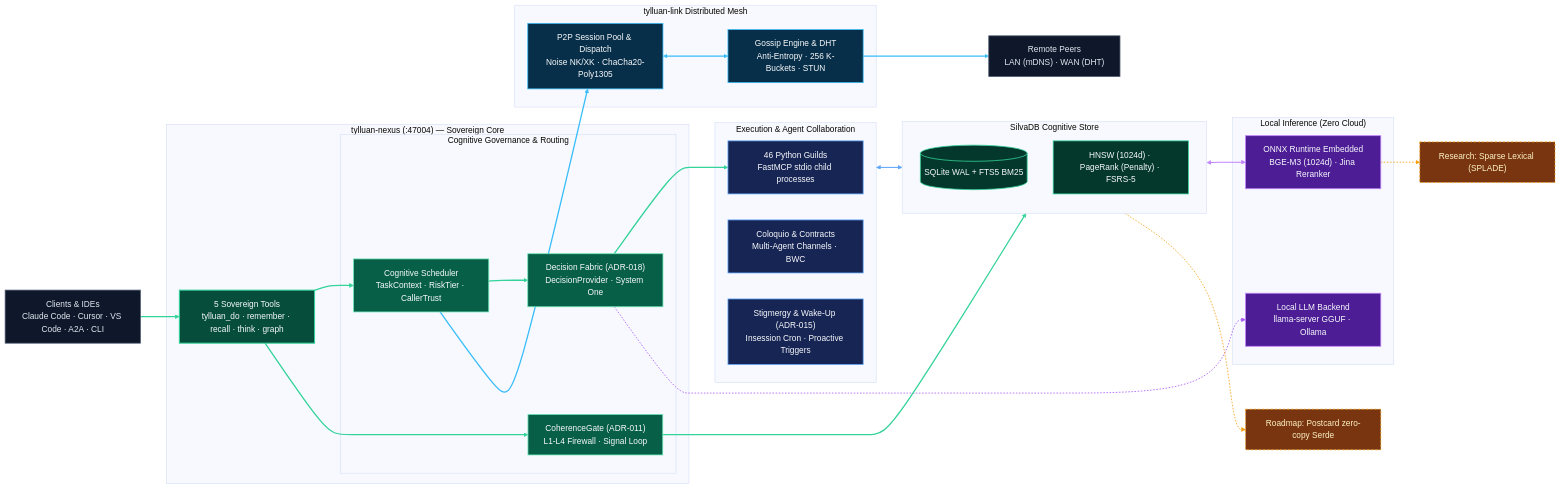
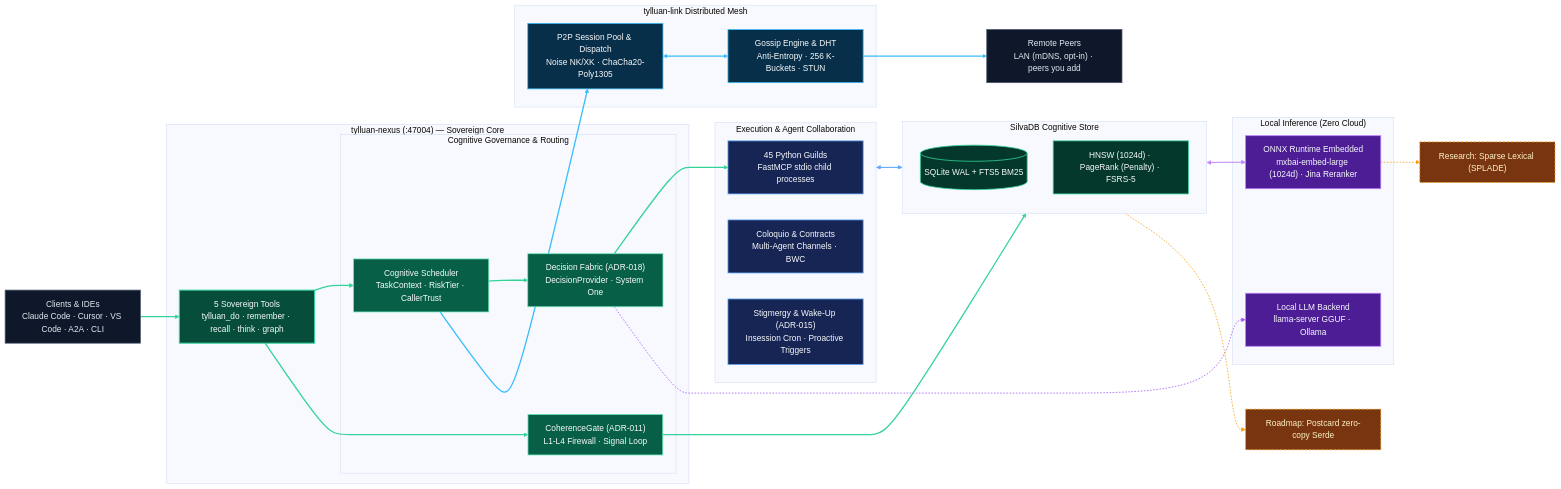
One commit to Forja-orca/tylluan changed the diagram in README.md. Above: the diagram before and after it, drawn with Mermaid (base theme). The commit also changed other lines of this file and 7 other files, not shown here.

````diff
--- a/README.md
+++ b/README.md
@@ -336,80 +341,80 @@
 ```mermaid
 flowchart LR
   CLIENTS["Clients & IDEs<br/>Claude Code · Cursor · VS Code · A2A · CLI"]
 
   subgraph SOVEREIGN["tylluan-nexus (:47004) — Sovereign Core"]
     TOOLS["5 Sovereign Tools<br/>tylluan_do · remember · recall · think · graph"]
 
     subgraph GOVERN["Cognitive Governance & Routing"]
       SCHED["Cognitive Scheduler<br/>TaskContext · RiskTier · CallerTrust"]
       DECIDER["Decision Fabric (ADR-018)<br/>DecisionProvider · System One"]
       CGATE["CoherenceGate (ADR-011)<br/>L1-L4 Firewall · Signal Loop"]
     end
   end
 
   subgraph MEMORY["SilvaDB Cognitive Store"]
     SILVA[("SQLite WAL + FTS5 BM25")]
     GRAPH["HNSW (1024d) · PageRank (Penalty) · FSRS-5"]
   end
 
   subgraph INFER["Local Inference (Zero Cloud)"]
-    ONNX["ONNX Runtime Embedded<br/>BGE-M3 (1024d) · Jina Reranker"]
+    ONNX["ONNX Runtime Embedded<br/>mxbai-embed-large (1024d) · Jina Reranker"]
     LLAMA["Local LLM Backend<br/>llama-server GGUF · Ollama"]
   end
 
   subgraph EXEC["Execution & Agent Collaboration"]
-    GUILDS["46 Python Guilds<br/>FastMCP stdio child processes"]
+    GUILDS["45 Python Guilds<br/>FastMCP stdio child processes"]
     COLOQUIO["Coloquio & Contracts<br/>Multi-Agent Channels · BWC"]
     WAKE["Stigmergy & Wake-Up (ADR-015)<br/>Insession Cron · Proactive Triggers"]
   end
 
   subgraph MESH["tylluan-link Distributed Mesh"]
     P2P["P2P Session Pool & Dispatch<br/>Noise NK/XK · ChaCha20-Poly1305"]
     GOSSIP["Gossip Engine & DHT<br/>Anti-Entropy · 256 K-Buckets · STUN"]
   end
 
-  PEERS["Remote Peers<br/>LAN (mDNS) · WAN (DHT)"]
+  PEERS["Remote Peers<br/>LAN (mDNS, opt-in) · peers you add"]
 
   SPARSE["Research: Sparse Lexical (SPLADE)"]:::future
   POSTCARD["Roadmap: Postcard zero-copy Serde"]:::future
 
   CLIENTS ==> TOOLS
   TOOLS ==> SCHED
   SCHED ==> DECIDER
   DECIDER ==> GUILDS
   TOOLS ==> CGATE
   CGATE ==> MEMORY
   MEMORY <==> ONNX
   EXEC <==> MEMORY
   DECIDER -.-> LLAMA
   SCHED ==> P2P
   P2P <==> GOSSIP
   GOSSIP ==> PEERS
 
   ONNX -.-> SPARSE
   MEMORY -.-> POSTCARD
 
   classDef sovStyle fill:#064e3b,stroke:#34d399,color:#f8fafc,stroke-width:2px;
   classDef govStyle fill:#065f46,stroke:#6ee7b7,color:#f8fafc,stroke-width:1.5px;
   classDef memStyle fill:#04382c,stroke:#34d399,color:#f8fafc,stroke-width:1.5px;
   classDef execStyle fill:#172554,stroke:#60a5fa,color:#f8fafc,stroke-width:1.5px;
   classDef inferStyle fill:#4c1d95,stroke:#c084fc,color:#f8fafc,stroke-width:1.5px;
   classDef meshStyle fill:#082f49,stroke:#38bdf8,color:#f8fafc,stroke-width:1.5px;
   classDef extStyle fill:#0f172a,stroke:#475569,color:#e2e8f0,stroke-width:1.5px;
   classDef future fill:#78350f,stroke:#f59e0b,stroke-width:1.5px,stroke-dasharray:4 4,color:#fef3c7;
 
   class CLIENTS,PEERS extStyle;
   class TOOLS sovStyle;
   class SCHED,DECIDER,CGATE govStyle;
   class SILVA,GRAPH memStyle;
   class GUILDS,COLOQUIO,WAKE execStyle;
   class ONNX,LLAMA inferStyle;
   class P2P,GOSSIP meshStyle;
 
   linkStyle 0,1,2,3,4,5 stroke:#34d399,stroke-width:2.5px;
   linkStyle 6 stroke:#c084fc,stroke-width:2px;
   linkStyle 7 stroke:#60a5fa,stroke-width:2px;
   linkStyle 8 stroke:#a855f7,stroke-width:1.5px,stroke-dasharray:3 3;
   linkStyle 9,10,11 stroke:#38bdf8,stroke-width:2.5px;
   linkStyle 12,13 stroke:#f59e0b,stroke-width:1.5px,stroke-dasharray:3 3;
 ```
````
